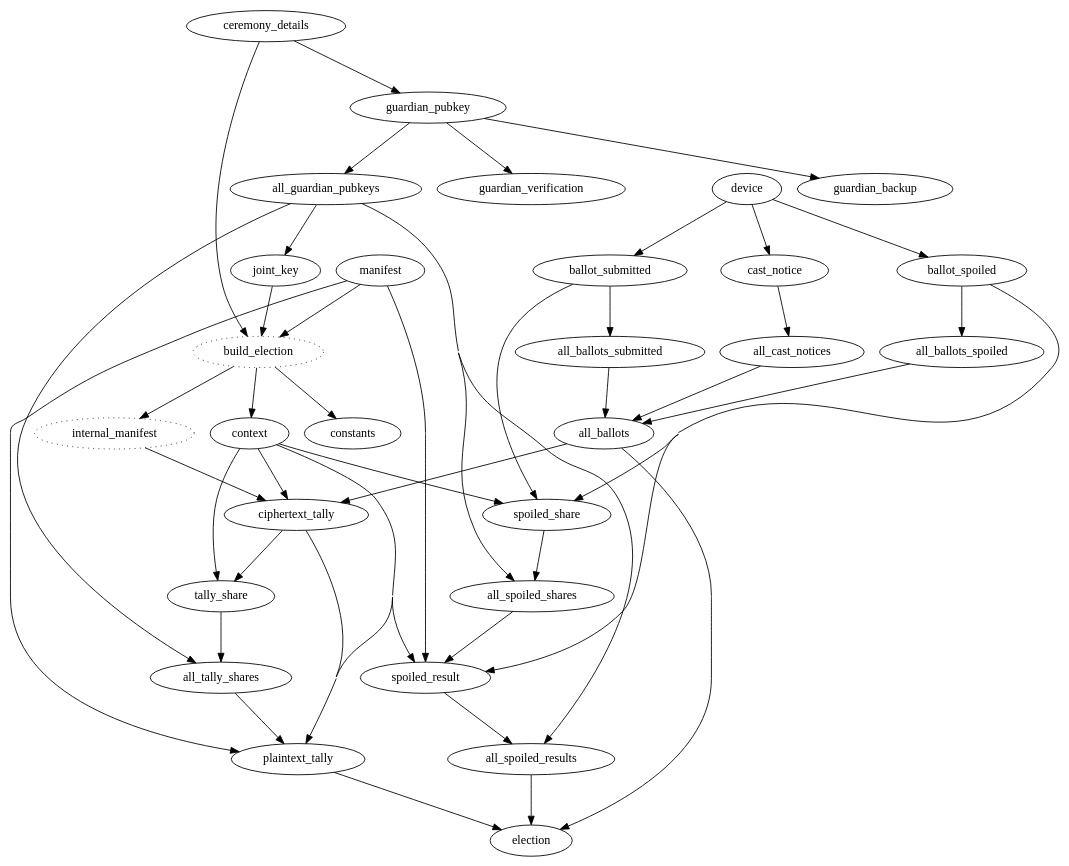
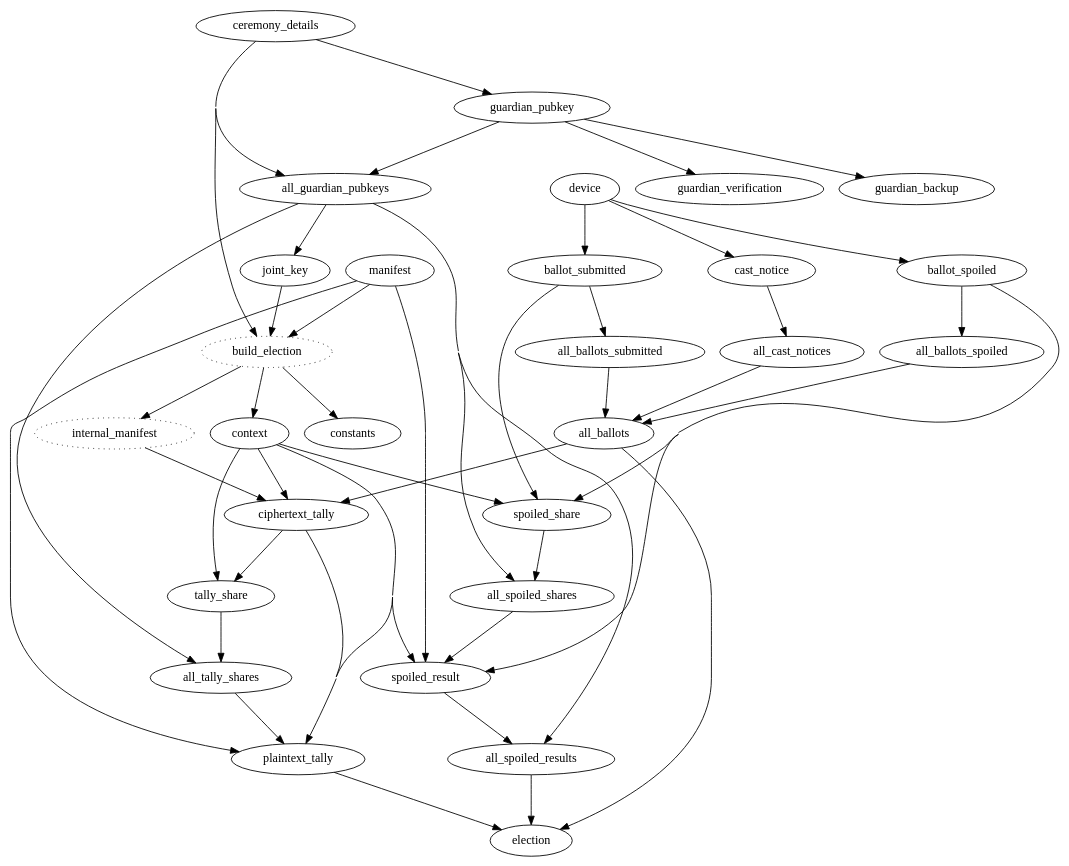
One commit to jefdaj/electionguard-cardano changed the diagram in milestone1/verifier/verifier_deps.dot. Above: the diagram before and after it, drawn with Graphviz. The commit also changed 1 other file, not shown here.

```diff
--- a/milestone1/verifier/verifier_deps.dot
+++ b/milestone1/verifier/verifier_deps.dot
@@ -1,62 +1,62 @@
 digraph verifier_deps {
   concentrate=true
   ranksep=0.8
 
   # nodes from PUBLIC_RECORDS keys
   manifest
   ceremony_details
   guardian_pubkey
   guardian_backup # TODO remove? not sure whether these are considered public
   guardian_verification
   joint_key
   constants
   context
   device
   ballot_submitted
   cast_notice
   ballot_spoiled
   ciphertext_tally
   tally_share
   spoiled_share
   plaintext_tally
   spoiled_result
   # summary # TODO remove once moved to verify step
   election
 
   # "all" versions of things that are actually sets
-  guardian_pubkey -> all_guardian_pubkeys
+  {ceremony_details,guardian_pubkey} -> all_guardian_pubkeys
   ballot_submitted -> all_ballots_submitted
   ballot_spoiled -> all_ballots_spoiled
   cast_notice -> all_cast_notices
   {all_ballots_submitted,all_ballots_spoiled,all_cast_notices} -> all_ballots # TODO all_ballots_spoiled not needed here?
   {all_guardian_pubkeys, spoiled_share} -> all_spoiled_shares
   {all_guardian_pubkeys, spoiled_result} -> all_spoiled_results
   {all_guardian_pubkeys, tally_share} -> all_tally_shares
 
   # misc other nodes added manually
   build_election [style=dotted]    # not really a dep, but makes it cleaner # TODO remove?
   internal_manifest [style=dotted] # not serializable; have to build_election each time
   # TODO verify? (the new 4_verify outputs. not sure if useful bc will depend on all other nodes)
 
   # dependenencies from guardian.py
   ceremony_details -> guardian_pubkey -> guardian_backup
   guardian_pubkey -> guardian_verification # TODO remove? it really depends on the *cardano* wallet key right?
   all_guardian_pubkeys -> joint_key
   {ciphertext_tally,context} -> tally_share
   {context,ballot_submitted,ballot_spoiled} -> spoiled_share
   
 
   # dependencies from device.py
   device -> {ballot_submitted,ballot_spoiled,cast_notice}
 
   # dependenencies from admin.py
   {manifest,ceremony_details,joint_key} -> build_election -> {constants,internal_manifest,context}
   {internal_manifest,context,all_ballots} -> ciphertext_tally
   {manifest,context,all_tally_shares,ciphertext_tally} -> plaintext_tally
   {manifest,context,all_spoiled_shares,ballot_spoiled} -> spoiled_result
 
   # overall election cerfification/verification
   # TODO is this how people will see it? or will they only require the plaintext_tally?
   # (either way, this is the way to get the code working first)
   {all_ballots,all_spoiled_results,plaintext_tally} -> election
 }
```
